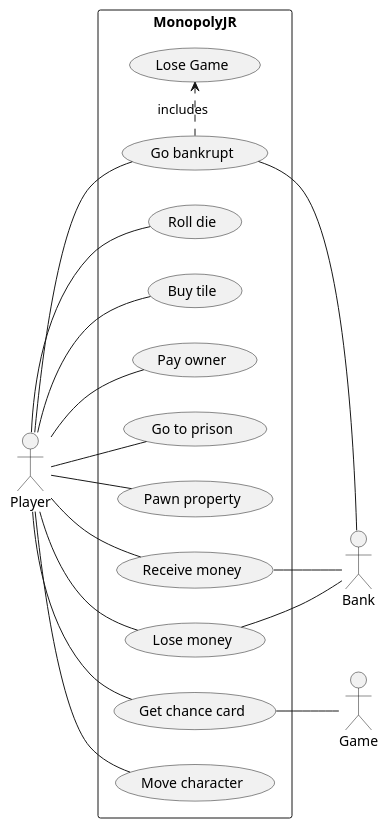
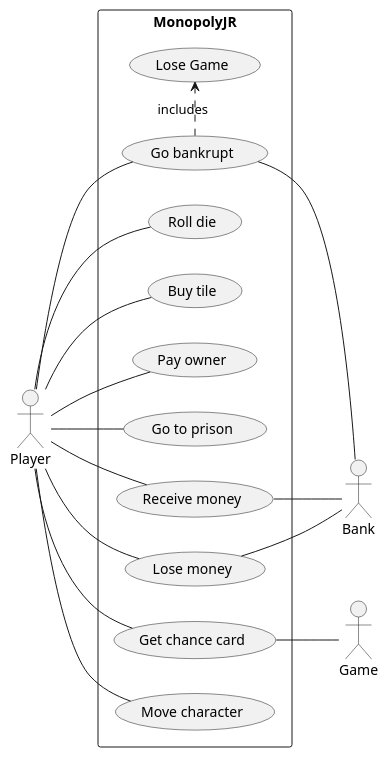
The diagram in UML/usecasediag.plantuml (adel051700/G07_CDIO3), drawn with PlantUML before and after one commit.

Commit message:
Made changes to usecasediagram

```diff
--- a/UML/usecasediag.plantuml
+++ b/UML/usecasediag.plantuml
@@ -1,42 +1,40 @@
 @startuml
 left to right direction
 
 rectangle MonopolyJR {
 usecase "Roll die" as uc1
 usecase "Buy tile" as uc2
 usecase "Pay owner" as uc3
 usecase "Go to prison" as uc4
 usecase "Go bankrupt" as uc6
-usecase "Pawn property" as uc7
 usecase "Receive money" as uc9
 usecase "Lose money" as uc10
 usecase "Get chance card" as uc11
 usecase "Move character" as uc12
 usecase "Lose Game" as uc13
 
 
 }
 
 actor Player as pl
 actor Bank as bk
 actor Game as gm
 
 pl -- uc1
 pl -- uc2
 pl -- uc3
 pl -- uc4
 pl -- uc6
-pl -- uc7
 pl -- uc9
 pl -- uc10
 pl -- uc11
 pl -- uc12
 uc9 -- bk
 uc10 -- bk
 uc11 -- gm
 uc6 -- bk
 uc6 .> uc13 : includes
 
 
 
 @enduml
```
